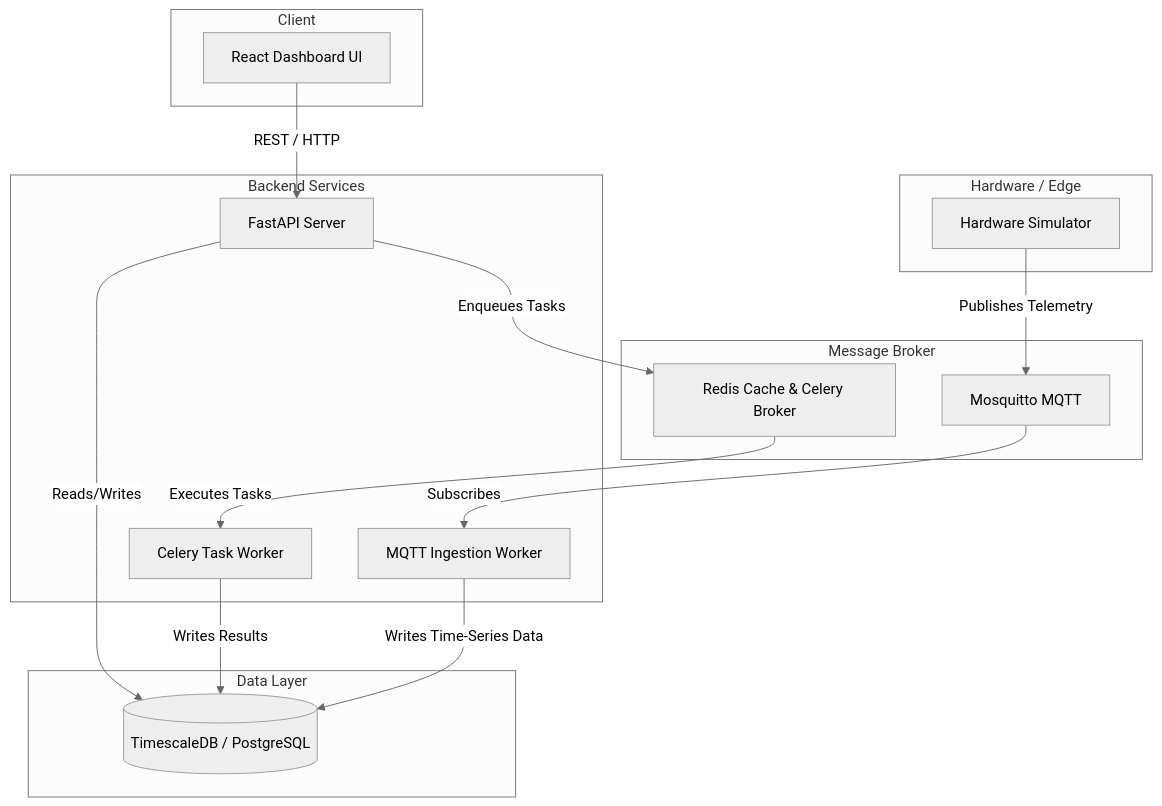
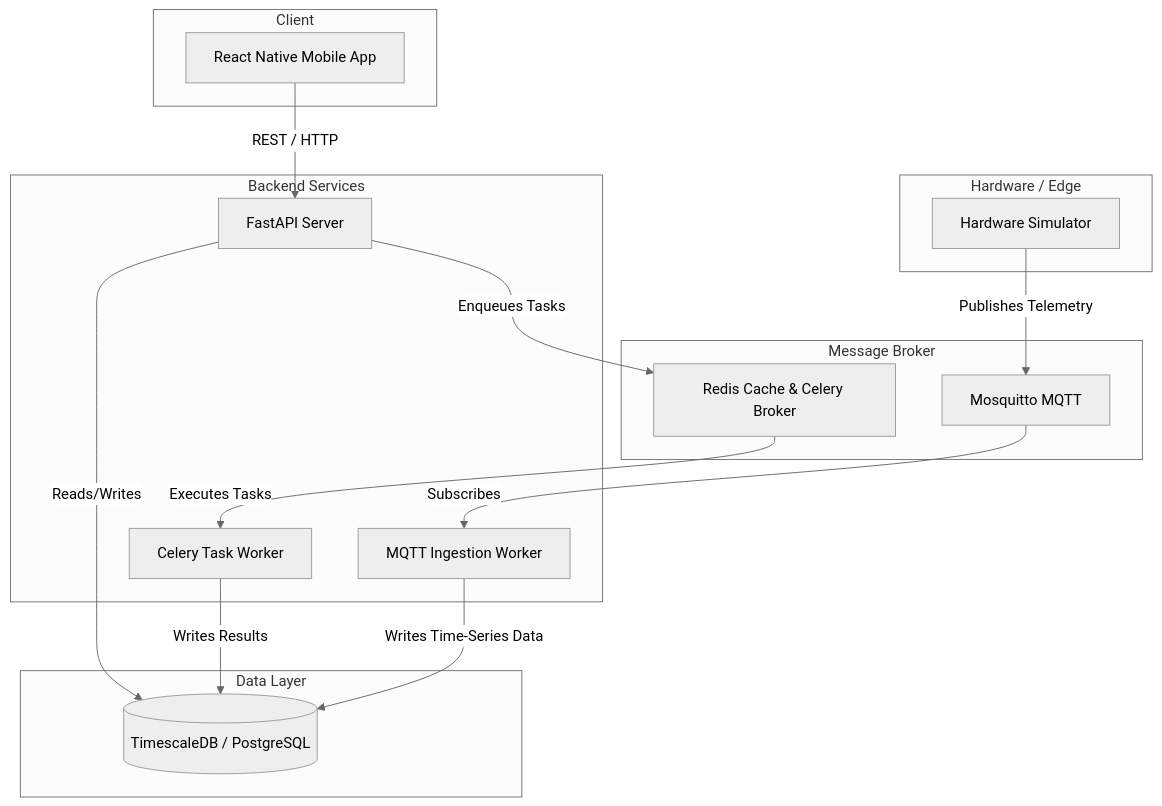
One commit to Maosama01/rwb-iot-full changed the diagram in README.md. Above: the diagram before and after it, drawn with Mermaid (neutral theme).

Commit message:
docs: fix mermaid architecture diagram to reflect mobile app

````diff
--- a/README.md
+++ b/README.md
@@ -34,36 +34,36 @@
 ```mermaid
 graph TD
     subgraph "Hardware / Edge"
         Sim[Hardware Simulator]
     end
     
     subgraph "Message Broker"
         MQTT[Mosquitto MQTT]
         Redis[Redis Cache & Celery Broker]
     end
 
     subgraph "Data Layer"
         DB[(TimescaleDB / PostgreSQL)]
     end
 
     subgraph "Backend Services"
         Worker[MQTT Ingestion Worker]
         Celery[Celery Task Worker]
         API[FastAPI Server]
     end
 
     subgraph "Client"
-        UI[React Dashboard UI]
+        App[React Native Mobile App]
     end
 
     Sim -- Publishes Telemetry --> MQTT
     MQTT -- Subscribes --> Worker
     Worker -- Writes Time-Series Data --> DB
     
     API -- Reads/Writes --> DB
     API -- Enqueues Tasks --> Redis
     Redis -- Executes Tasks --> Celery
     Celery -- Writes Results --> DB
     
-    UI -- REST / HTTP --> API
+    App -- REST / HTTP --> API
 ```
````
